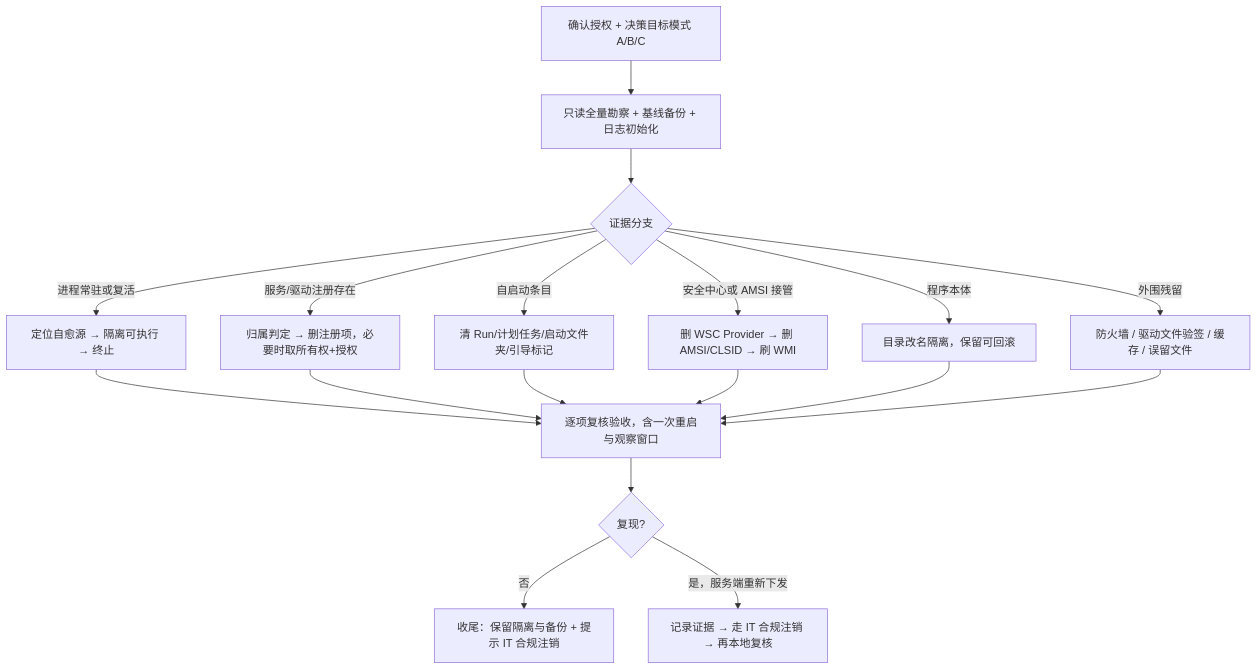
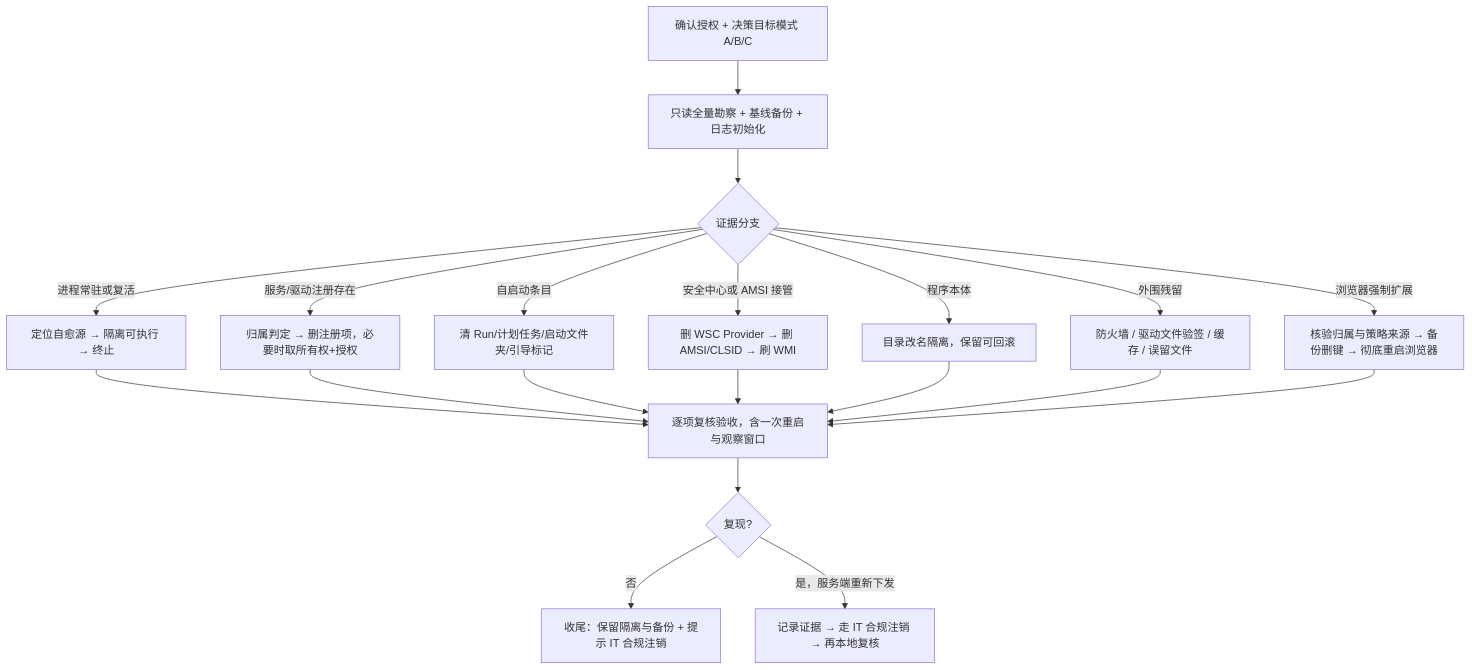
Before and after one commit to ZackAstra/CommonSkills: the diagram in yunmai-disable/SKILL.md, drawn with Mermaid. The commit also changed other lines of this file, not shown here.

````diff
--- a/yunmai-disable/SKILL.md
+++ b/yunmai-disable/SKILL.md
@@ -149,15 +163,16 @@
 ```mermaid
 flowchart TD
   A[确认授权 + 决策目标模式 A/B/C] --> B[只读全量勘察 + 基线备份 + 日志初始化]
   B --> C{证据分支}
   C -->|进程常驻或复活| C1[定位自愈源 → 隔离可执行 → 终止]
   C -->|服务/驱动注册存在| C2[归属判定 → 删注册项，必要时取所有权+授权]
   C -->|自启动条目| C3[清 Run/计划任务/启动文件夹/引导标记]
   C -->|安全中心或 AMSI 接管| C4[删 WSC Provider → 删 AMSI/CLSID → 刷 WMI]
   C -->|程序本体| C5[目录改名隔离，保留可回滚]
   C -->|外围残留| C6[防火墙 / 驱动文件验签 / 缓存 / 误留文件]
-  C1 & C2 & C3 & C4 & C5 & C6 --> D[逐项复核验收，含一次重启与观察窗口]
+  C -->|浏览器强制扩展| C7[核验归属与策略来源 → 备份删键 → 彻底重启浏览器]
+  C1 & C2 & C3 & C4 & C5 & C6 & C7 --> D[逐项复核验收，含一次重启与观察窗口]
   D --> E{复现?}
   E -->|否| F[收尾：保留隔离与备份 + 提示 IT 合规注销]
   E -->|是，服务端重新下发| G[记录证据 → 走 IT 合规注销 → 再本地复核]
 ```
````
